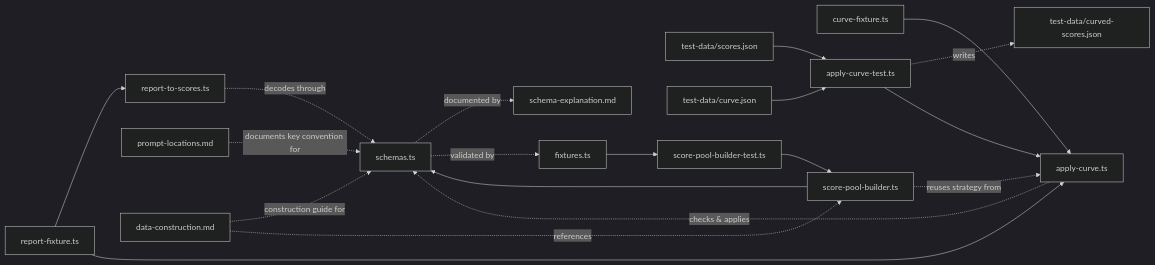
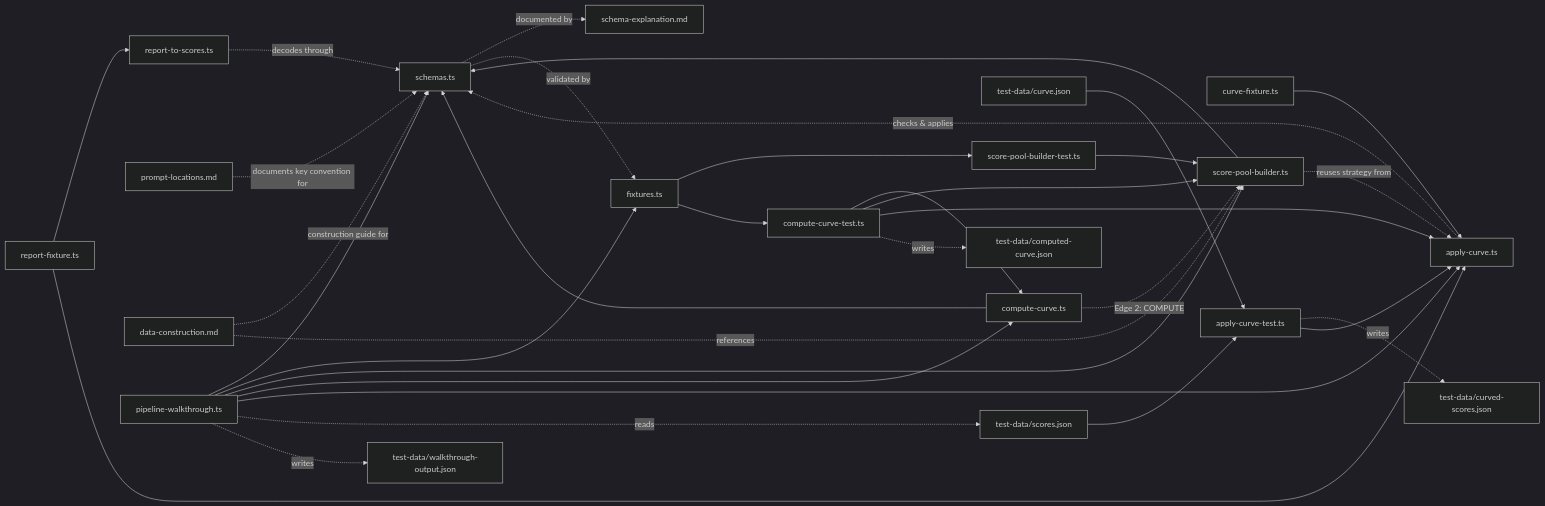
The diagram in score-post-llm-pipeline/v3-effect/index.md (paideia-ai/tech-doc-axiia), drawn with Mermaid (dark theme) before and after one commit. The commit also changed other lines of this file and 12 other files, not shown here.

First line of the commit message:
Add pipeline walkthrough, pool builder, compute-curve, and future TODOs

````diff
--- a/score-post-llm-pipeline/v3-effect/index.md
+++ b/score-post-llm-pipeline/v3-effect/index.md
@@ -26,21 +31,35 @@
 ```mermaid
 graph LR
     S[schemas.ts] -. "documented by" .-> E[schema-explanation.md]
     S -. "validated by" .-> F[fixtures.ts]
     RF[report-fixture.ts] --> RT[report-to-scores.ts]
     RT -. "decodes through" .-> S
     CF[curve-fixture.ts] --> AC[apply-curve.ts]
     RF --> AC
     AC -. "checks & applies" .-> S
     SJ[test-data/scores.json] --> ACT[apply-curve-test.ts]
     CJ[test-data/curve.json] --> ACT
     ACT -. "writes" .-> CSJ[test-data/curved-scores.json]
     ACT --> AC
     PL[prompt-locations.md] -. "documents key convention for" .-> S
     DC[data-construction.md] -. "construction guide for" .-> S
     DC -. "references" .-> SPB
     SPB[score-pool-builder.ts] --> S
     SPB -. "reuses strategy from" .-> AC
     F --> SPBT[score-pool-builder-test.ts]
     SPBT --> SPB
+    CC[compute-curve.ts] --> S
+    CC -. "Edge 2: COMPUTE" .-> SPB
+    F --> CCT[compute-curve-test.ts]
+    CCT --> CC
+    CCT --> SPB
+    CCT --> AC
+    CCT -. "writes" .-> CCJ[test-data/computed-curve.json]
+    PW[pipeline-walkthrough.ts] --> S
+    PW --> F
+    PW --> SPB
+    PW --> CC
+    PW --> AC
+    PW -. "reads" .-> SJ
+    PW -. "writes" .-> WOJ[test-data/walkthrough-output.json]
 ```
````
